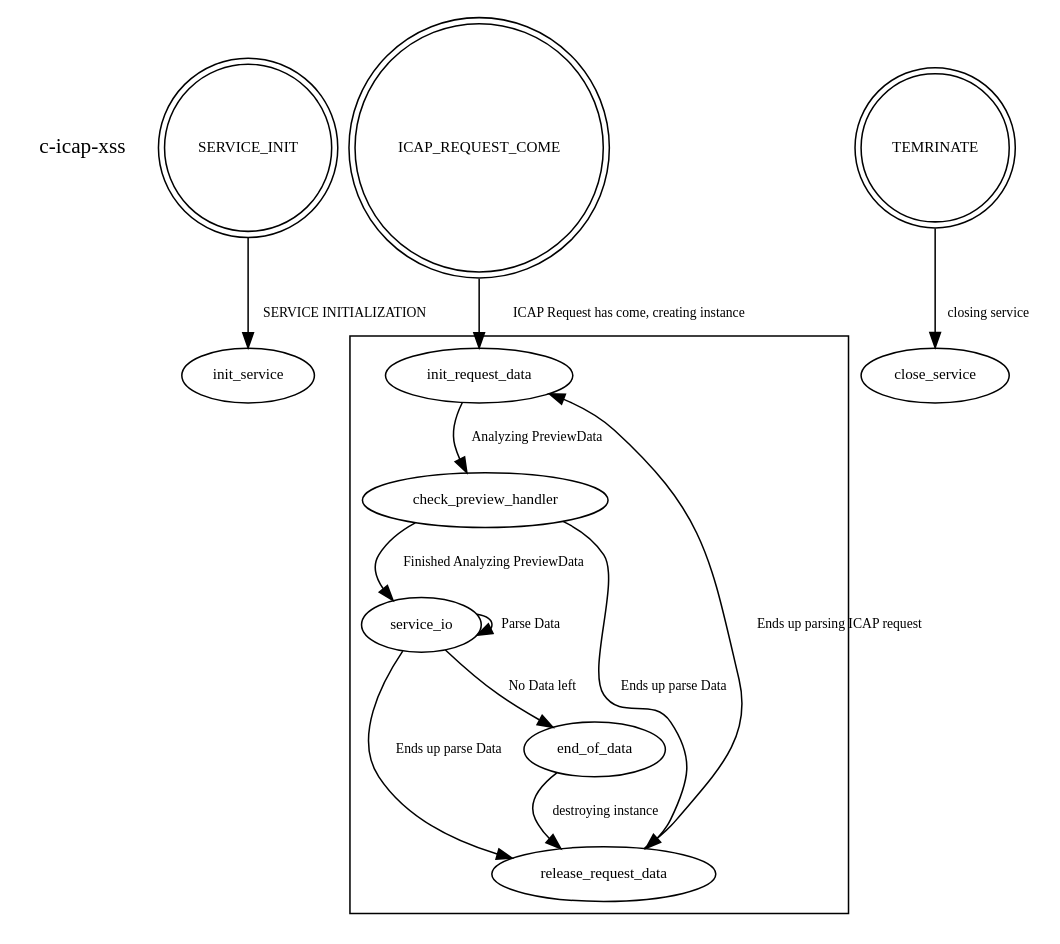
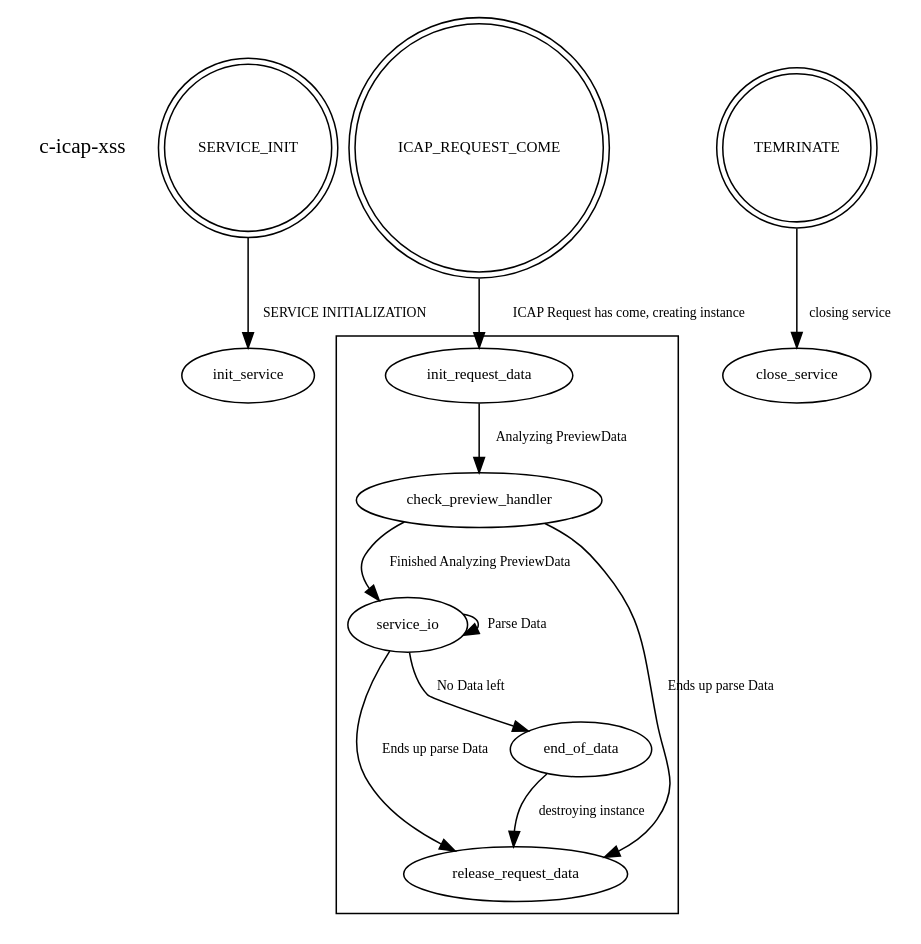
One commit to syakesaba/c-icap-xss changed the diagram in flow.dot. Above: the diagram before and after it, drawn with Graphviz. The commit also changed 1 other file, not shown here.

```diff
--- a/flow.dot
+++ b/flow.dot
@@ -1,36 +1,36 @@
 /*
 Graphviz - DOT language writing!
 dot -Tjpg flow.dot -o flow.jpg
 */
 
 digraph Diagram {
     PROFILE [label = "c-icap-xss", shape=none];
     nodesep=0.1;
     //デフォルトノード
     node [fontsize=10];
     //デフォルトエッジ
     edge [fontsize=9];
 
     SERVICE_INIT [shape=doublecircle, label="SERVICE_INIT"];
     SERVICE_INIT -> init_service [label="SERVICE INITIALIZATION"];
 
     ICAP_REQUEST_COME [shape=doublecircle];
     ICAP_REQUEST_COME -> init_request_data [label="ICAP Request has come, creating instance"];
     subgraph clusterRunFlow {
         init_request_data -> check_preview_handler [label="Analyzing PreviewData"];
         check_preview_handler -> service_io [label="Finished Analyzing PreviewData"];
         check_preview_handler -> release_request_data [label="Ends up parse Data"];
         service_io -> service_io [label="Parse Data"];
         service_io -> release_request_data [label="Ends up parse Data"];
         service_io -> end_of_data [label="No Data left"];
         end_of_data -> release_request_data [label="destroying instance"];
-        release_request_data -> init_request_data [label="Ends up parsing ICAP request"];
+        release_request_data;
     }
 
     SIGTERM [shape=doublecircle, label="TEMRINATE"];
 
     subgraph HaltFlow {
         SIGTERM -> close_service [label="closing service"];
     }
     { rank=same; SERVICE_INIT ICAP_REQUEST_COME SIGTERM }
 }
```
